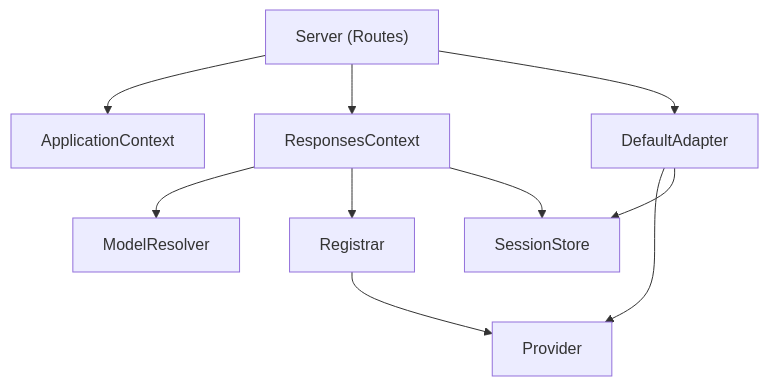
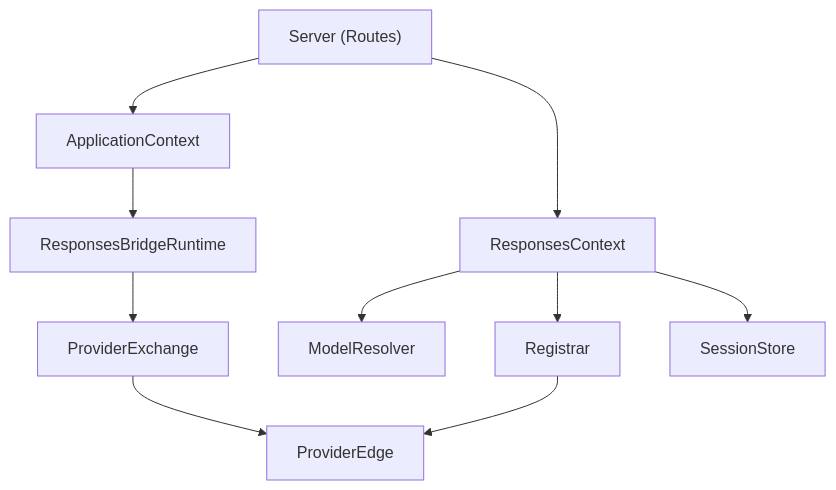
The second of 2 diagrams in wiki/02-architecture/overview.md (zamelee/GodeX), drawn with Mermaid before and after one commit. The commit also changed other lines of this file and 46 other files, not shown here.

````diff
--- a/wiki/02-architecture/overview.md
+++ b/wiki/02-architecture/overview.md
@@ -121,21 +126,22 @@
 ```mermaid
 flowchart TD
   Server["Server (Routes)"]
   CTX["ApplicationContext"]
   RCTX["ResponsesContext"]
   Resolver["ModelResolver"]
   Reg["Registrar"]
-  Adapt["DefaultAdapter"]
-  Prov["Provider"]
+  Bridge["ResponsesBridgeRuntime"]
+  Exchange["ProviderExchange"]
+  Prov["ProviderEdge"]
   Store["SessionStore"]
 
   Server --> CTX
   Server --> RCTX
   RCTX --> Resolver
   RCTX --> Reg
   RCTX --> Store
-  Server --> Adapt
-  Adapt --> Prov
-  Adapt --> Store
+  CTX --> Bridge
+  Bridge --> Exchange
+  Exchange --> Prov
   Reg --> Prov
 ```
````
